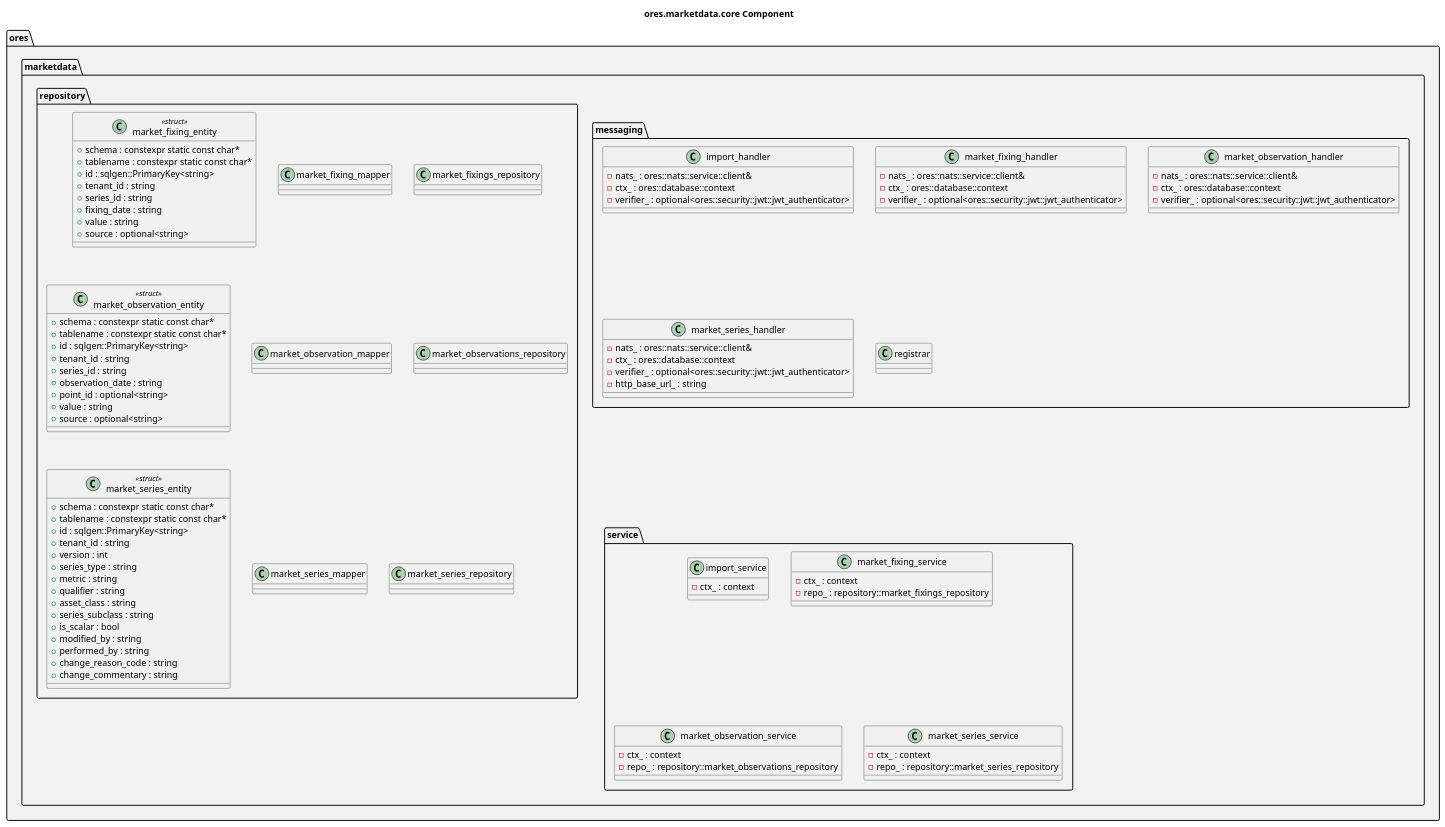
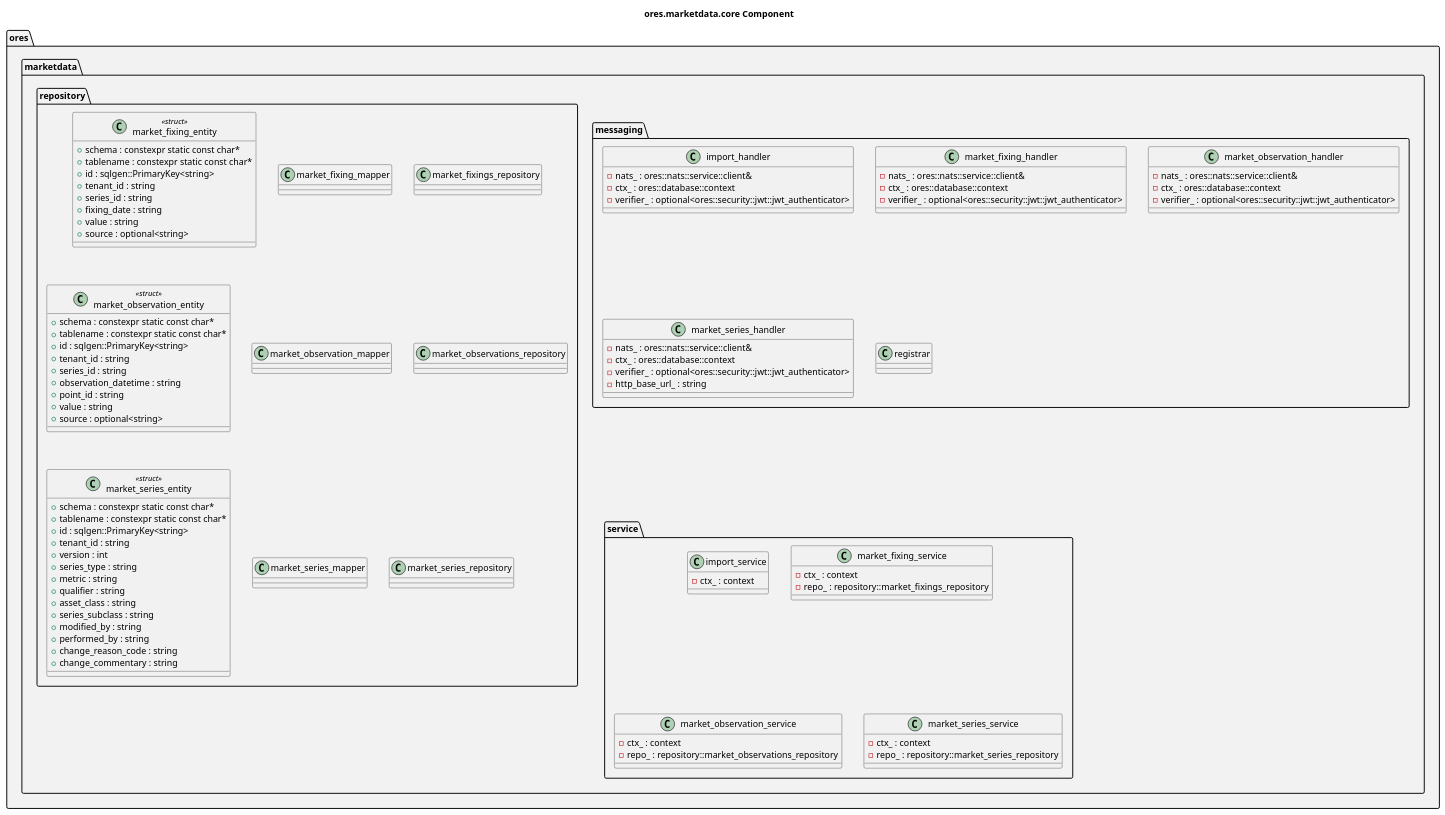
One commit to OreStudio/OreStudio changed the diagram in projects/ores.marketdata/core/modeling/ores.marketdata.core.puml. Above: the diagram before and after it, drawn with PlantUML. The commit also changed 33 other files, not shown here.

```diff
--- a/projects/ores.marketdata/core/modeling/ores.marketdata.core.puml
+++ b/projects/ores.marketdata/core/modeling/ores.marketdata.core.puml
@@ -18,111 +18,110 @@
 @startuml
 
 title ores.marketdata.core Component
 
 set namespaceSeparator ::
 
 namespace ores #F2F2F2 {
     namespace marketdata #F2F2F2 {
         namespace messaging #F2F2F2 {
             class import_handler {
                 -nats_ : ores::nats::service::client&
                 -ctx_ : ores::database::context
                 -verifier_ : optional<ores::security::jwt::jwt_authenticator>
             }
             class market_fixing_handler {
                 -nats_ : ores::nats::service::client&
                 -ctx_ : ores::database::context
                 -verifier_ : optional<ores::security::jwt::jwt_authenticator>
             }
             class market_observation_handler {
                 -nats_ : ores::nats::service::client&
                 -ctx_ : ores::database::context
                 -verifier_ : optional<ores::security::jwt::jwt_authenticator>
             }
             class market_series_handler {
                 -nats_ : ores::nats::service::client&
                 -ctx_ : ores::database::context
                 -verifier_ : optional<ores::security::jwt::jwt_authenticator>
                 -http_base_url_ : string
             }
             class registrar {
             }
         }
         namespace repository #F2F2F2 {
             class market_fixing_entity <<struct>> {
                 +schema : constexpr static const char*
                 +tablename : constexpr static const char*
                 +id : sqlgen::PrimaryKey<string>
                 +tenant_id : string
                 +series_id : string
                 +fixing_date : string
                 +value : string
                 +source : optional<string>
             }
             class market_fixing_mapper {
             }
             class market_fixings_repository {
             }
             class market_observation_entity <<struct>> {
                 +schema : constexpr static const char*
                 +tablename : constexpr static const char*
                 +id : sqlgen::PrimaryKey<string>
                 +tenant_id : string
                 +series_id : string
-                +observation_date : string
-                +point_id : optional<string>
+                +observation_datetime : string
+                +point_id : string
                 +value : string
                 +source : optional<string>
             }
             class market_observation_mapper {
             }
             class market_observations_repository {
             }
             class market_series_entity <<struct>> {
                 +schema : constexpr static const char*
                 +tablename : constexpr static const char*
                 +id : sqlgen::PrimaryKey<string>
                 +tenant_id : string
                 +version : int
                 +series_type : string
                 +metric : string
                 +qualifier : string
                 +asset_class : string
                 +series_subclass : string
-                +is_scalar : bool
                 +modified_by : string
                 +performed_by : string
                 +change_reason_code : string
                 +change_commentary : string
             }
             class market_series_mapper {
             }
             class market_series_repository {
             }
         }
         namespace service #F2F2F2 {
             class import_service {
                 -ctx_ : context
             }
             class market_fixing_service {
                 -ctx_ : context
                 -repo_ : repository::market_fixings_repository
             }
             class market_observation_service {
                 -ctx_ : context
                 -repo_ : repository::market_observations_repository
             }
             class market_series_service {
                 -ctx_ : context
                 -repo_ : repository::market_series_repository
             }
         }
     }
 }
 
 ' --- manual: everything below this line is hand-authored; the script preserves it ---
 
 ' Local Variables:
 ' compile-command: "java -Djava.awt.headless=true -DPLANTUML_SECURITY_PROFILE=UNSECURE -DPLANTUML_LIMIT_SIZE=65535 -jar /usr/share/plantuml/plantuml.jar ores.marketdata.core.puml"
 ' End:
 @enduml
```
